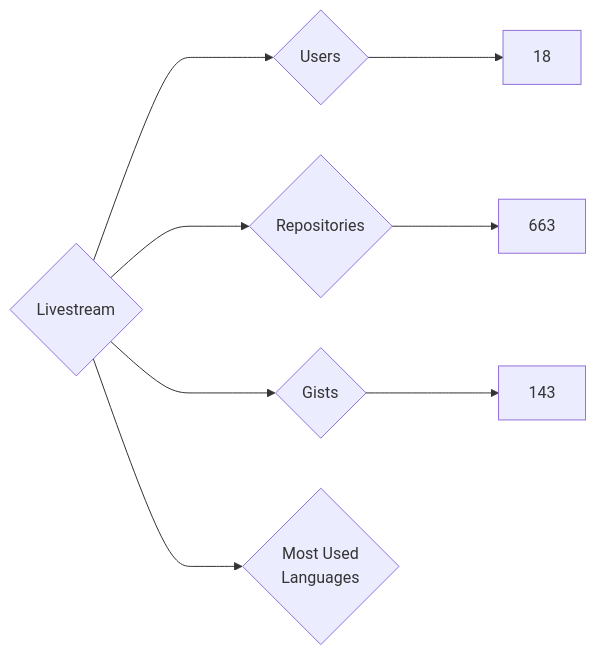
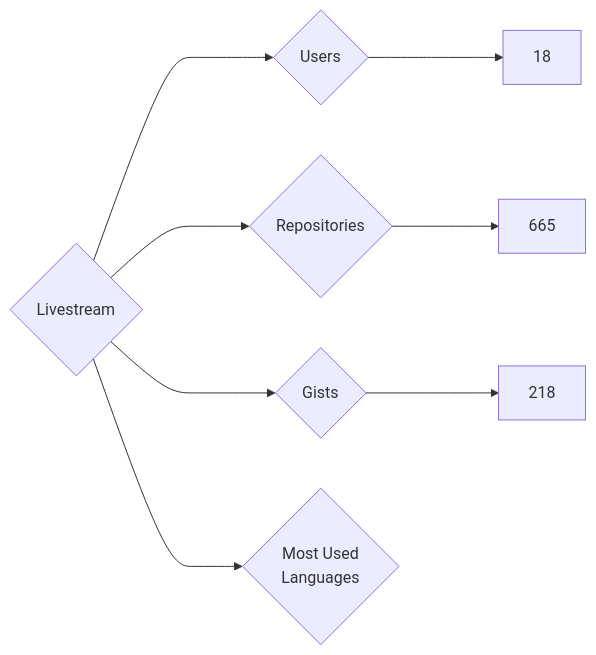
Before and after one commit to nenadzaric/insiders: the diagram in targets/Livestream/README.md, drawn with Mermaid. The commit also changed 1342 other files, not shown here.

````diff
--- a/targets/Livestream/README.md
+++ b/targets/Livestream/README.md
@@ -3,8 +3,8 @@
 ```mermaid
 graph LR
 COMPANY_NAME{Livestream}
 COMPANY_NAME ---> U{Users} ---> UN[18]
-COMPANY_NAME ---> R{Repositories} ---> RN[663]
-COMPANY_NAME ---> G{Gists} ---> GN[143]
+COMPANY_NAME ---> R{Repositories} ---> RN[665]
+COMPANY_NAME ---> G{Gists} ---> GN[218]
 COMPANY_NAME ---> ML{Most Used<br>Languages}
 ```
````
